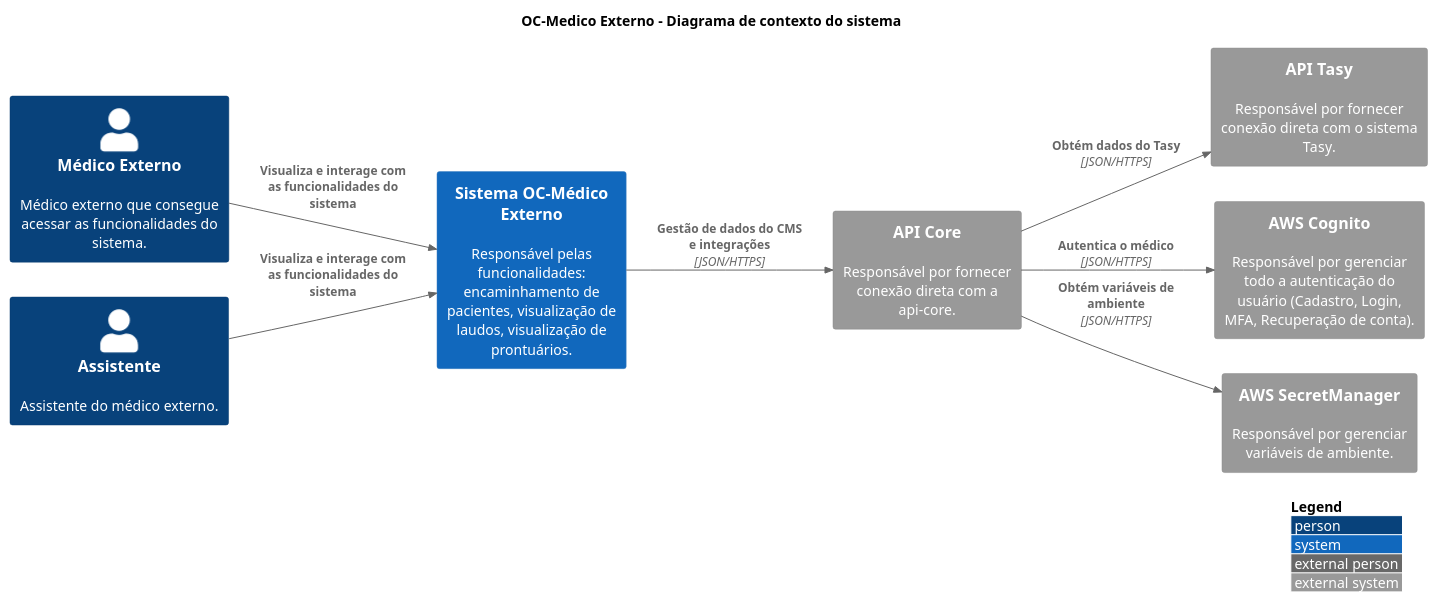
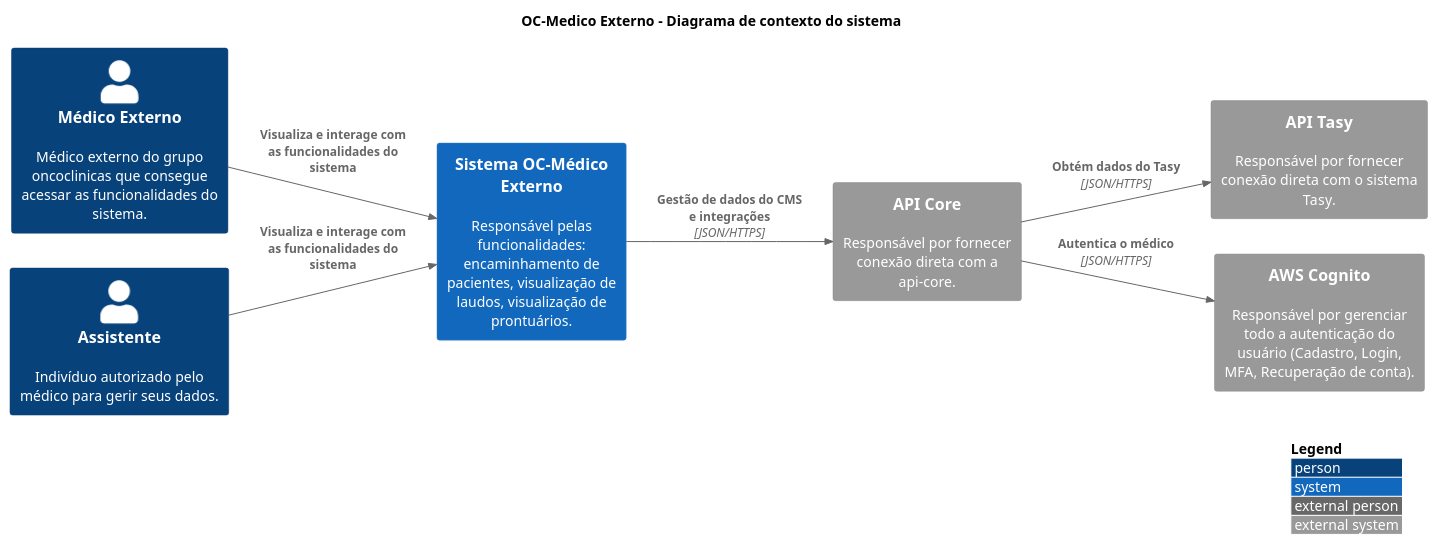
Before and after one commit to luizggbasedigital/poc-oc-docs: the diagram in src/OC-Medico Externo/C1. Visão Geral/context.puml, drawn with PlantUML. The commit also changed 7 other files, not shown here.

```diff
--- a/src/OC-Medico Externo/C1. Visão Geral/context.puml
+++ b/src/OC-Medico Externo/C1. Visão Geral/context.puml
@@ -1,39 +1,38 @@
 @startuml "Context Diagram"
 
 title "OC-Medico Externo - Diagrama de contexto do sistema"
 
 !include https://raw.githubusercontent.com/adrianvlupu/C4-PlantUML/latest/C4_Context.puml
 
 LAYOUT_WITH_LEGEND()
 LAYOUT_LEFT_RIGHT()
 
 skinparam backgroundcolor transparent
 
 /'Actors'/
-Person(ActorReferrerPhysician, "Médico Externo", "Médico externo que consegue acessar as funcionalidades do sistema.")
-Person(ActorReferrerAssistant, "Assistente", "Assistente do médico externo.")
+Person(ActorReferrerPhysician, "Médico Externo", "Médico externo do grupo oncoclinicas que consegue acessar as funcionalidades do sistema.")
+Person(ActorReferrerAssistant, "Assistente", "Indivíduo autorizado pelo médico para gerir seus dados.")
 
 /'Internal Systems'/
 System(SystemOCExternaPhysician, "Sistema OC-Médico Externo", "Responsável pelas funcionalidades: encaminhamento de pacientes, visualização de laudos, visualização de prontuários.")
 
 /'External Systems'/
 System_Ext(SystemTasyApi, "API Tasy", "Responsável por fornecer conexão direta com o sistema Tasy.")
 
 /'API-Core Systems'/
 System_Ext(SystemApiCore, "API Core", "Responsável por fornecer conexão direta com a api-core.")
 
 /'AWS Systems'/
 System_Ext(SystemAWSCognito, "AWS Cognito", "Responsável por gerenciar todo a autenticação do usuário (Cadastro, Login, MFA, Recuperação de conta).")
-System_Ext(SystemAWSSecretManager, "AWS SecretManager", "Responsável por gerenciar variáveis de ambiente.")
+
 
 /'Relations'/
 Rel(ActorReferrerPhysician, SystemOCExternaPhysician, "Visualiza e interage com as funcionalidades do sistema")
 Rel(ActorReferrerAssistant, SystemOCExternaPhysician, "Visualiza e interage com as funcionalidades do sistema")
 
 /'API-Core Integrations'/
 Rel(SystemOCExternaPhysician, SystemApiCore, "Gestão de dados do CMS e integrações", "JSON/HTTPS")
 Rel(SystemApiCore, SystemTasyApi, "Obtém dados do Tasy", "JSON/HTTPS")
 Rel(SystemApiCore, SystemAWSCognito, "Autentica o médico", "JSON/HTTPS")
-Rel(SystemApiCore, SystemAWSSecretManager, "Obtém variáveis de ambiente", "JSON/HTTPS")
 
 @enduml
```
